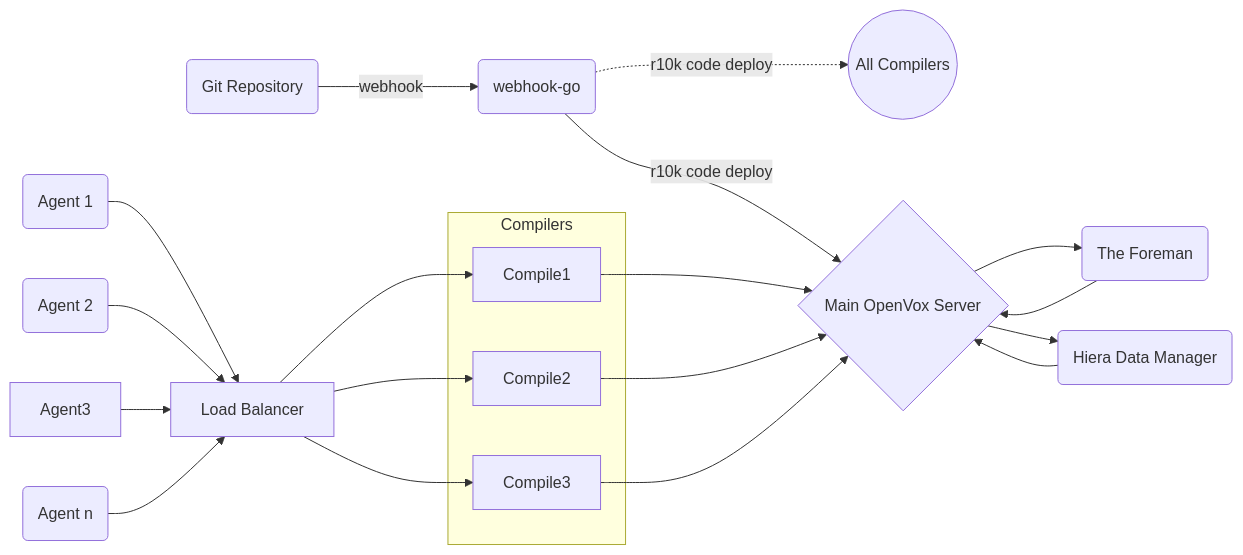
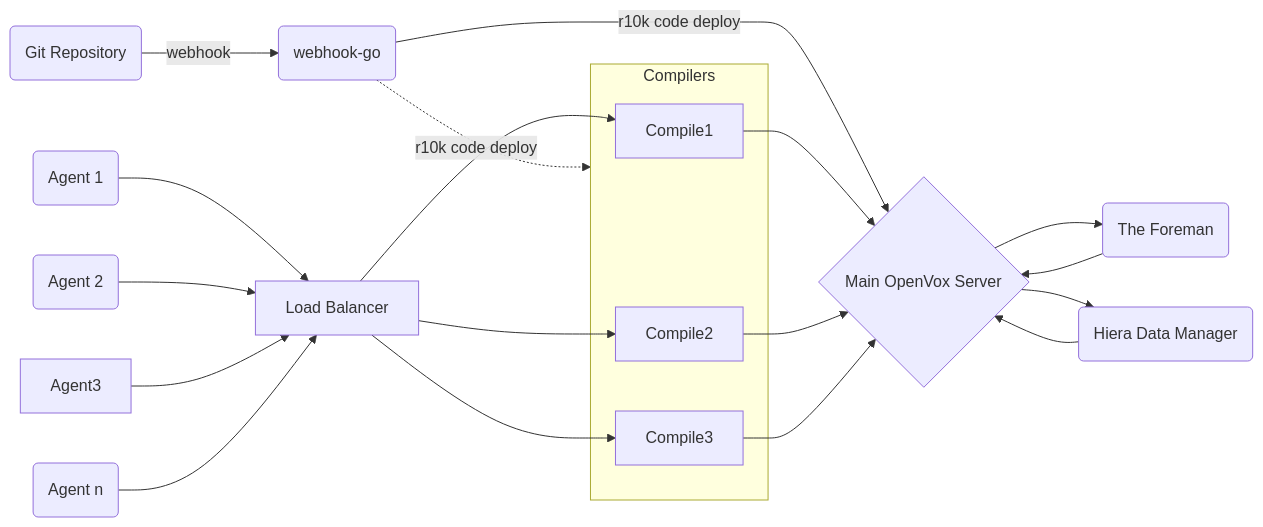
Before and after one commit to voxpupuli/voxpupuli.github.io: the diagram in _docs/arch_load_balanced.md, drawn with Mermaid.

Commit message:
point r10k deploys to Compilers and remove AllCompilers

```diff
--- a/_docs/arch_load_balanced.md
+++ b/_docs/arch_load_balanced.md
@@ -15,48 +15,47 @@
 <div class="mermaid">
   graph LR;
   git(Git Repository)
   Foreman(The Foreman)
   Webhook(webhook-go)
-  AllCompilers((All Compilers))
   HDM(Hiera Data Manager)
 
   MainOpenVoxServer{Main OpenVox Server}
 
   subgraph Compilers[Compilers]
       Compile1[Compile1]
       Compile2[Compile2]
       Compile3[Compile3]
   end
 
   LoadBalancer[Load Balancer]
 
   Agent1(Agent 1)
   Agent2(Agent 2)
   Agent_n(Agent n)
 
   click HDM "https://github.com/betadots/hdm" "HDM is a web interface for analyzing and managing hiera data."
   click Foreman "https://www.theforeman.org" "Foreman is a complete lifecycle management tool for physical and virtual servers."
   click Webhook "https://github.com/voxpupuli/webhook-go" "A webhook service that can trigger code deploys from source code repository updates."
 
   git --webhook--> Webhook
   Webhook --r10k code deploy--> MainOpenVoxServer
-  Webhook -.r10k code deploy.-> AllCompilers
+  Webhook -.r10k code deploy.-> Compilers
 
   Foreman --> MainOpenVoxServer
   MainOpenVoxServer --> Foreman
   HDM --> MainOpenVoxServer
   MainOpenVoxServer --> HDM
 
   Compile1 --> MainOpenVoxServer
   Compile2 --> MainOpenVoxServer
   Compile3 --> MainOpenVoxServer
 
   LoadBalancer --> Compile1
   LoadBalancer --> Compile2
   LoadBalancer --> Compile3
 
   Agent1 --> LoadBalancer
   Agent2 --> LoadBalancer
   Agent3 --> LoadBalancer
   Agent_n --> LoadBalancer
 </div>
```
